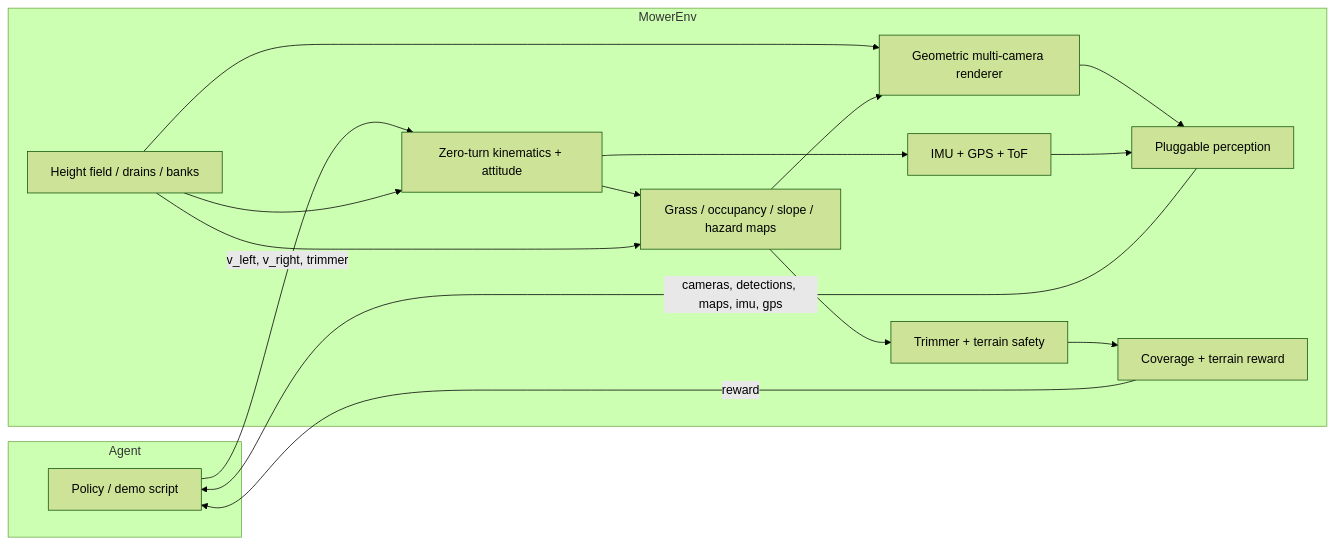
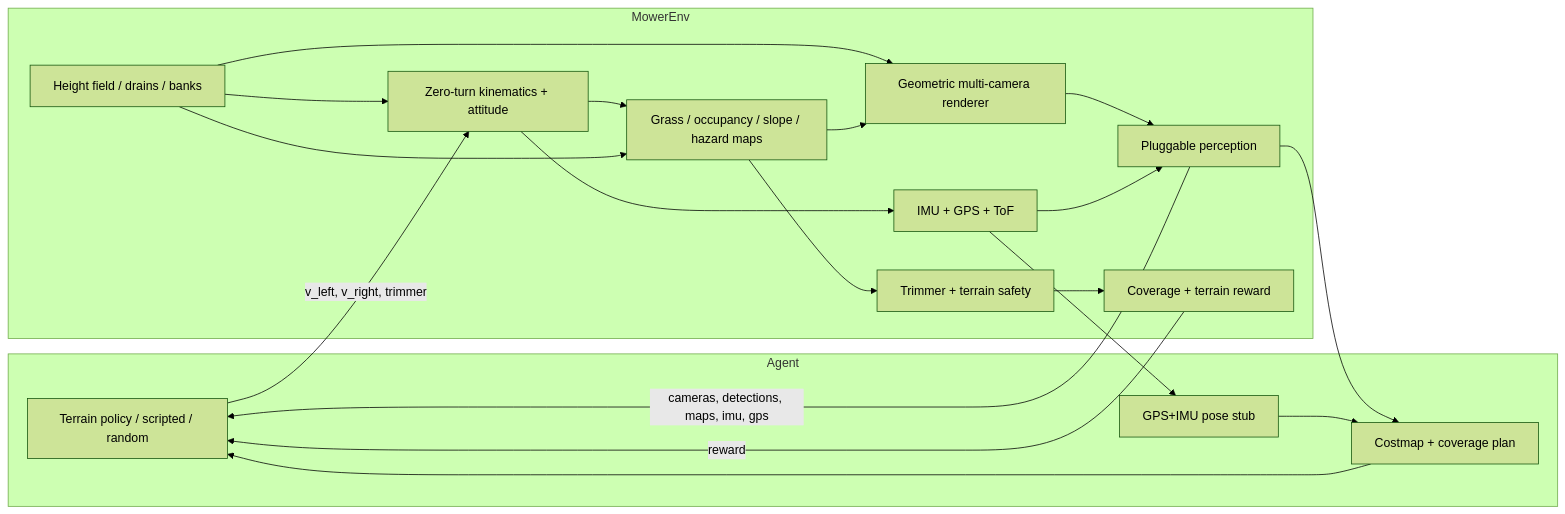
Before and after one commit to jtwolfe/jims-mower: the second of 2 diagrams in README.md, drawn with Mermaid (forest theme). The commit also changed other lines of this file and 21 other files, not shown here.

First line of the commit message:
Add terrain-aware coverage planner and zero-turn controller.

````diff
--- a/README.md
+++ b/README.md
@@ -112,29 +161,35 @@
 ```mermaid
 flowchart LR
     subgraph Agent
-      A[Policy / demo script]
+      A[Terrain policy / scripted / random]
+      P2[Costmap + coverage plan]
+      U[GPS+IMU pose stub]
     end
     subgraph Gym["MowerEnv"]
       K[Zero-turn kinematics + attitude]
       T[Height field / drains / banks]
       IMU[IMU + GPS + ToF]
       S[Trimmer + terrain safety]
       W[Grass / occupancy / slope / hazard maps]
       C[Geometric multi-camera renderer]
       P[Pluggable perception]
       R[Coverage + terrain reward]
     end
     A -->|"v_left, v_right, trimmer"| K
     T --> K
     K --> IMU
     K --> W
     T --> W
     T --> C
     W --> S
     S --> R
     W --> C
     C --> P
     IMU --> P
     P -->|cameras, detections, maps, imu, gps| A
+    P --> P2
+    IMU --> U
+    U --> P2
+    P2 --> A
     R -->|reward| A
 ```
````
